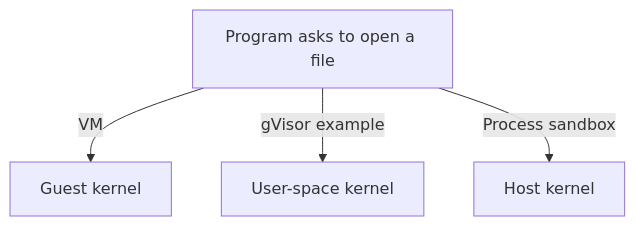
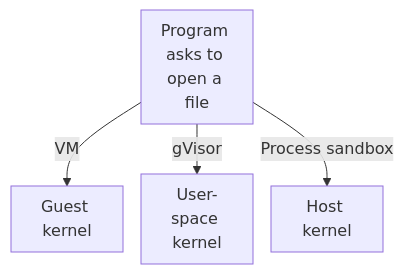
One commit to narumiruna/sandbox-architectures-book changed the second of 2 diagrams in docs/sandbox-isolation-boundaries.md. Above: the diagram before and after it, drawn with Mermaid. The commit also changed other lines of this file and 3 other files, not shown here.

Commit message:
docs: improve Mermaid diagram readability on narrow screens

````diff
--- a/docs/sandbox-isolation-boundaries.md
+++ b/docs/sandbox-isolation-boundaries.md
@@ -26,9 +32,18 @@
 ```mermaid
+---
+config:
+  flowchart:
+    rankSpacing: 26
+    nodeSpacing: 18
+    wrappingWidth: 76
+    minNodeWidth: 58
+    padding: 9
+---
 flowchart TB
     accTitle: Who handles a request to open a file?
     accDescr: The guest kernel handles the request in a VM, the user-space kernel handles it in a user-space kernel sandbox, and the host kernel handles it in a process sandbox.
     Open["Program asks to open a file"]
     Open -->|VM| Guest["Guest kernel"]
-    Open -->|gVisor example| Sentry["User-space kernel"]
+    Open -->|gVisor| Sentry["User-space kernel"]
     Open -->|Process sandbox| Host["Host kernel"]
 ```
````
